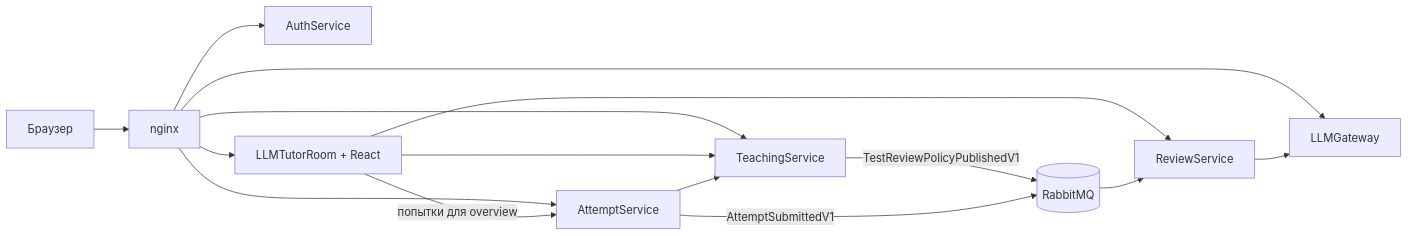
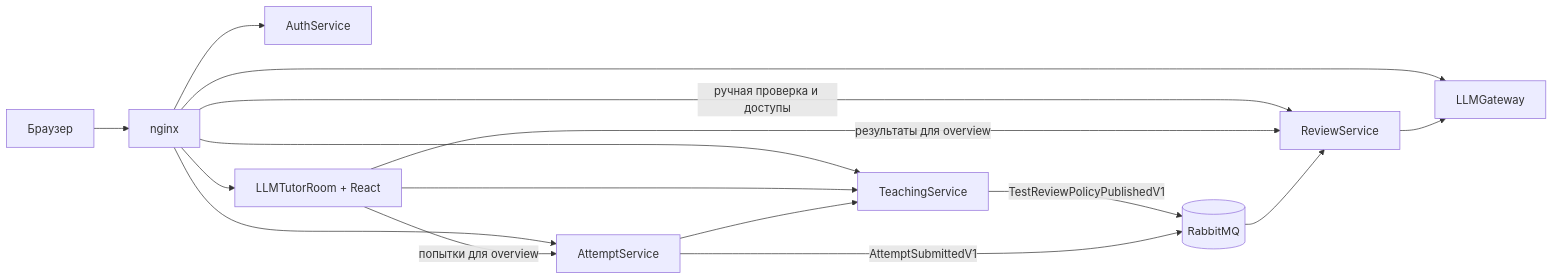
One commit to KomaMix/LLMTutorRoom changed the diagram in README.md. Above: the diagram before and after it, drawn with Mermaid. The commit also changed other lines of this file and 34 other files, not shown here.

Commit message:
refactor(review): route commands directly to review service

````diff
--- a/README.md
+++ b/README.md
@@ -26,18 +26,19 @@
 ```mermaid
 flowchart LR
     User["Браузер"] --> Nginx["nginx"]
     Nginx --> Auth["AuthService"]
     Nginx --> Teaching["TeachingService"]
     Nginx --> Attempt["AttemptService"]
     Nginx --> Tutor["LLMTutorRoom + React"]
+    Nginx -- "ручная проверка и доступы" --> Review["ReviewService"]
     Nginx --> Gateway["LLMGateway"]
 
     Tutor --> Teaching
     Tutor -- "попытки для overview" --> Attempt
-    Tutor --> Review["ReviewService"]
+    Tutor -- "результаты для overview" --> Review
     Attempt --> Teaching
     Teaching -- "TestReviewPolicyPublishedV1" --> Rabbit[(RabbitMQ)]
     Attempt -- "AttemptSubmittedV1" --> Rabbit
     Rabbit --> Review
     Review --> Gateway
 ```
````
